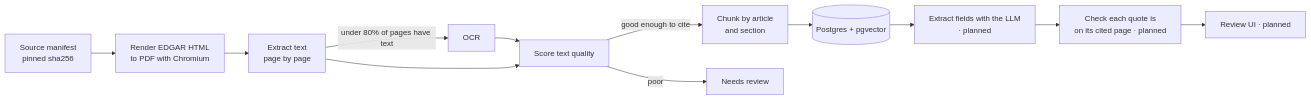
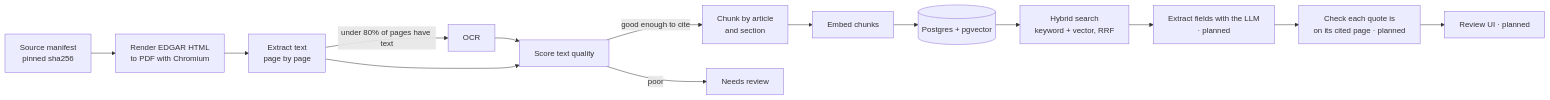
Before and after one commit to pedroomedicina/fund-document-extractor: the diagram in README.md, drawn with Mermaid. The commit also changed other lines of this file and 8 other files, not shown here.

````diff
--- a/README.md
+++ b/README.md
@@ -19,14 +19,16 @@
 ```mermaid
 flowchart LR
   M[Source manifest<br/>pinned sha256] --> R[Render EDGAR HTML<br/>to PDF with Chromium]
   R --> P[Extract text<br/>page by page]
   P -->|under 80% of pages have text| O[OCR]
   O --> Q[Score text quality]
   P --> Q
   Q -->|good enough to cite| C[Chunk by article<br/>and section]
   Q -->|poor| RV[Needs review]
-  C --> DB[(Postgres + pgvector)]
-  DB --> X[Extract fields with the LLM<br/>· planned]
+  C --> E[Embed chunks]
+  E --> DB[(Postgres + pgvector)]
+  DB --> H[Hybrid search<br/>keyword + vector, RRF]
+  H --> X[Extract fields with the LLM<br/>· planned]
   X --> V[Check each quote is<br/>on its cited page · planned]
   V --> UI[Review UI · planned]
 ```
````
